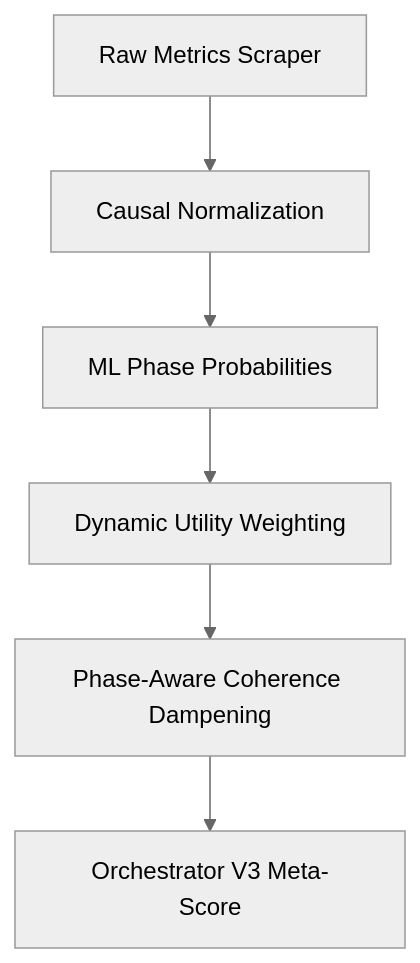
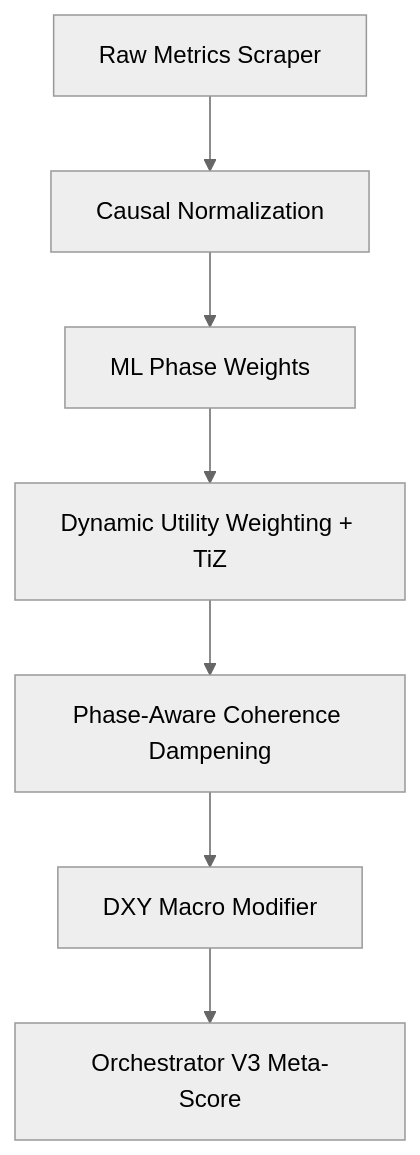
Before and after one commit to heavymetalmax/BitcoinScore: the diagram in docs/BitcoinScore_V3.2_Documentation.md, drawn with Mermaid (neutral theme). The commit also changed other lines of this file and 2 other files, not shown here.

````diff
--- a/docs/BitcoinScore_V3.2_Documentation.md
+++ b/docs/BitcoinScore_V3.2_Documentation.md
@@ -11,8 +11,9 @@
 ```mermaid
 graph TD
     A[Raw Metrics Scraper] --> B[Causal Normalization]
-    B --> C[ML Phase Probabilities]
-    C --> D[Dynamic Utility Weighting]
+    B --> C[ML Phase Weights]
+    C --> D[Dynamic Utility Weighting + TiZ]
     D --> E[Phase-Aware Coherence Dampening]
-    E --> F[Orchestrator V3 Meta-Score]
+    E --> F[DXY Macro Modifier]
+    F --> G[Orchestrator V3 Meta-Score]
 ```
````
